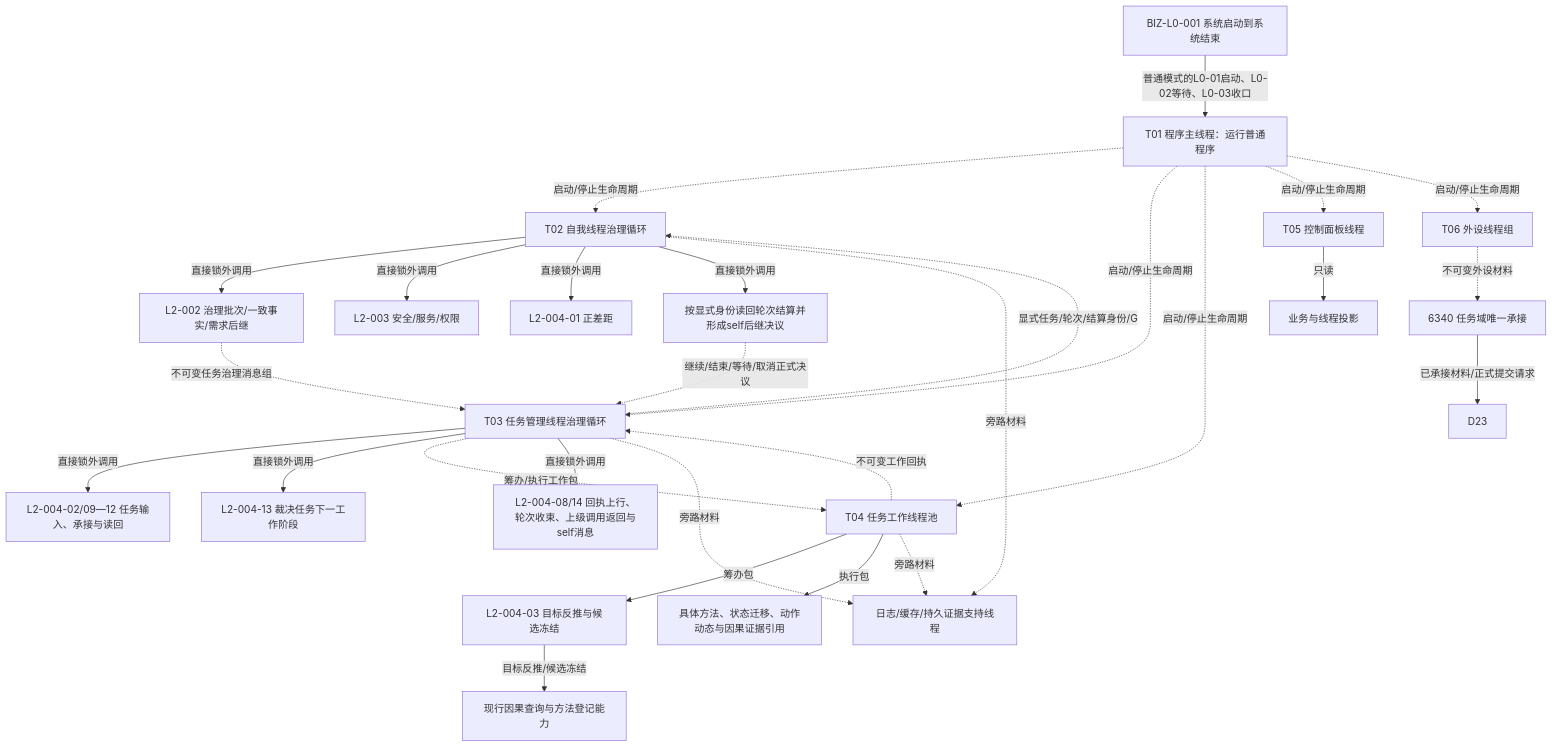
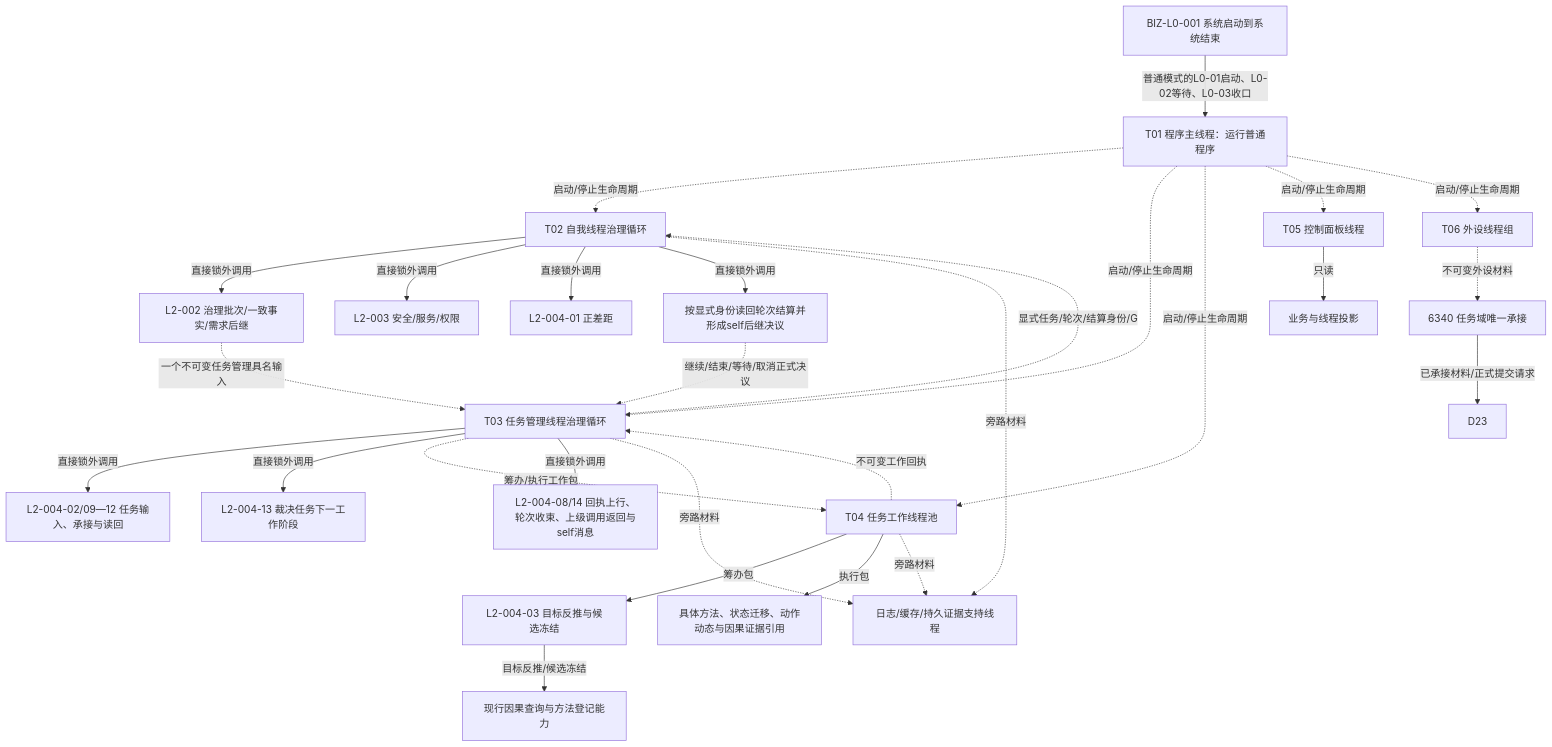
The diagram in 流程图/目标业务流程图/业务节点到能力与目标函数映射.md (chunhaizh-cyber/HY-Ego), drawn with Mermaid before and after one commit. The commit also changed other lines of this file and 36 other files, not shown here.

````diff
--- a/流程图/目标业务流程图/业务节点到能力与目标函数映射.md
+++ b/流程图/目标业务流程图/业务节点到能力与目标函数映射.md
@@ -507,30 +505,30 @@
 ```mermaid
 flowchart TD
     L0["BIZ-L0-001 系统启动到系统结束"] -->|普通模式的L0-01启动、L0-02等待、L0-03收口| T01["T01 程序主线程：运行普通程序"]
     T01 -. "启动/停止生命周期" .-> T02["T02 自我线程治理循环"]
     T01 -. "启动/停止生命周期" .-> T03["T03 任务管理线程治理循环"]
     T01 -. "启动/停止生命周期" .-> T04["T04 任务工作线程池"]
     T01 -. "启动/停止生命周期" .-> T05["T05 控制面板线程"]
     T01 -. "启动/停止生命周期" .-> T06["T06 外设线程组"]
     T02 -->|直接锁外调用| G02["L2-002 治理批次/一致事实/需求后继"]
     T02 -->|直接锁外调用| S03["L2-003 安全/服务/权限"]
     T02 -->|直接锁外调用| D01["L2-004-01 正差距"]
-    G02 -. "不可变任务治理消息组" .-> T03
+    G02 -. "一个不可变任务管理具名输入" .-> T03
     T03 -->|直接锁外调用| D02["L2-004-02/09—12 任务输入、承接与读回"]
     T03 -->|直接锁外调用| DSTATE["L2-004-13 裁决任务下一工作阶段"]
     T03 -. "筹办/执行工作包" .-> T04
     T04 -->|筹办包| D03["L2-004-03 目标反推与候选冻结"]
     D03 -->|目标反推/候选冻结| C01["现行因果查询与方法登记能力"]
     T04 -->|执行包| A01["具体方法、状态迁移、动作动态与因果证据引用"]
     T04 -. "不可变工作回执" .-> T03
     T03 -->|直接锁外调用| D58["L2-004-08/14 回执上行、轮次收束、上级调用返回与self消息"]
     T03 -. "显式任务/轮次/结算身份/G" .-> T02
     T02 -->|直接锁外调用| D06["按显式身份读回轮次结算并形成self后继决议"]
     D06 -. "继续/结束/等待/取消正式决议" .-> T03
     T06 -. "不可变外设材料" .-> E01["6340 任务域唯一承接"]
     E01 -->|已承接材料/正式提交请求| D23
     T05 -->|只读| P01["业务与线程投影"]
     T02 -. "旁路材料" .-> SUP["日志/缓存/持久证据支持线程"]
     T03 -. "旁路材料" .-> SUP
     T04 -. "旁路材料" .-> SUP
 ```
````
